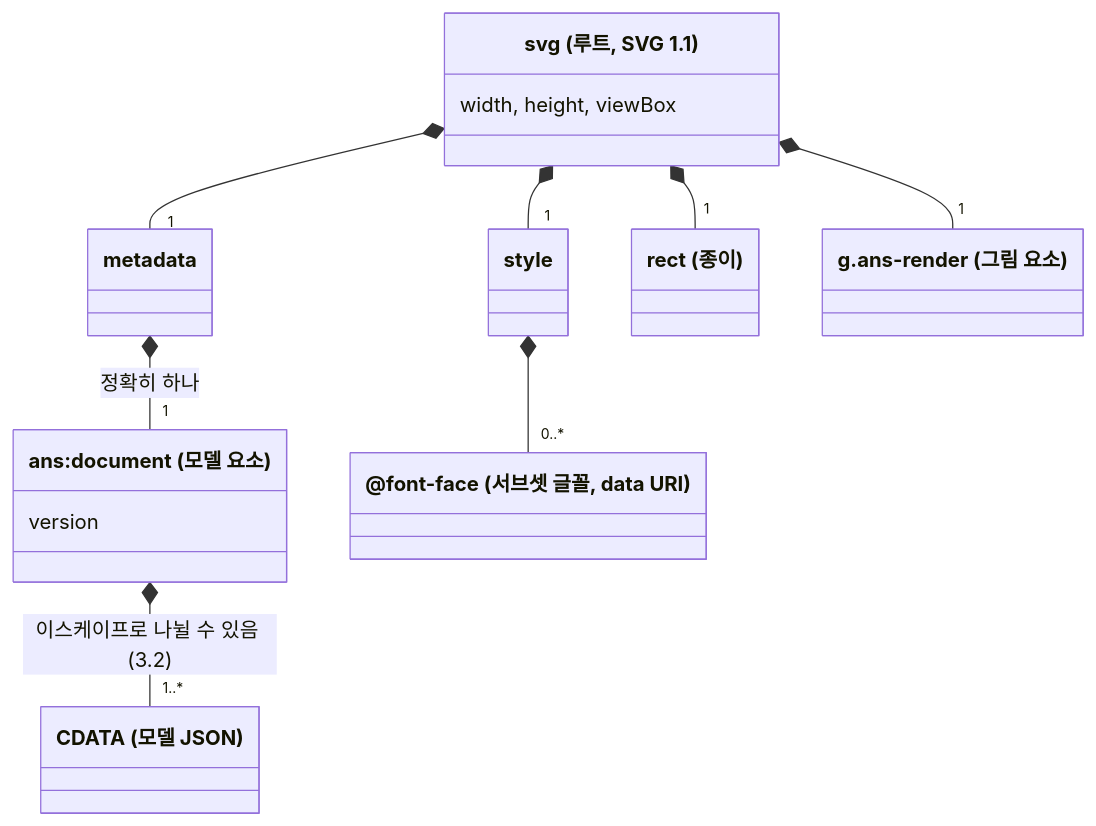
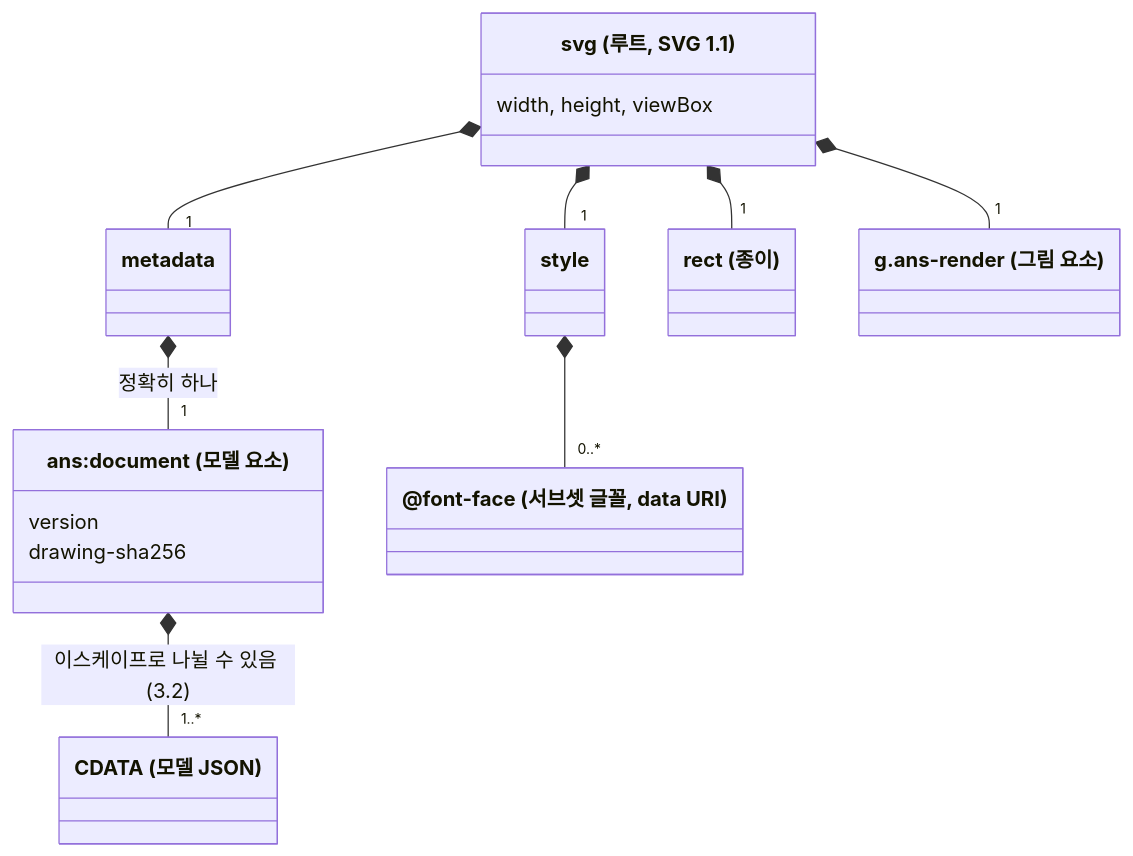
Before and after one commit to reddiana/AriadneNSD: the first of 2 diagrams in docs/05-spec/01-file-format.md, drawn with Mermaid. The commit also changed other lines of this file and 90 other files, not shown here.

````diff
--- a/docs/05-spec/01-file-format.md
+++ b/docs/05-spec/01-file-format.md
@@ -46,21 +46,22 @@
 ```mermaid
 classDiagram
     direction TB
     class svg["svg (루트, SVG 1.1)"]
     svg : width, height, viewBox
     class metadata
     class document["ans:document (모델 요소)"]
     document : version
+    document : drawing-sha256
     class cdata["CDATA (모델 JSON)"]
     class styleEl["style"]
     class fontface["@font-face (서브셋 글꼴, data URI)"]
     class paper["rect (종이)"]
     class render["g.ans-render (그림 요소)"]
     svg *-- "1" metadata
     svg *-- "1" styleEl
     svg *-- "1" paper
     svg *-- "1" render
     metadata *-- "1" document : 정확히 하나
     document *-- "1..*" cdata : 이스케이프로 나뉠 수 있음 (3.2)
     styleEl *-- "0..*" fontface
 ```
````
